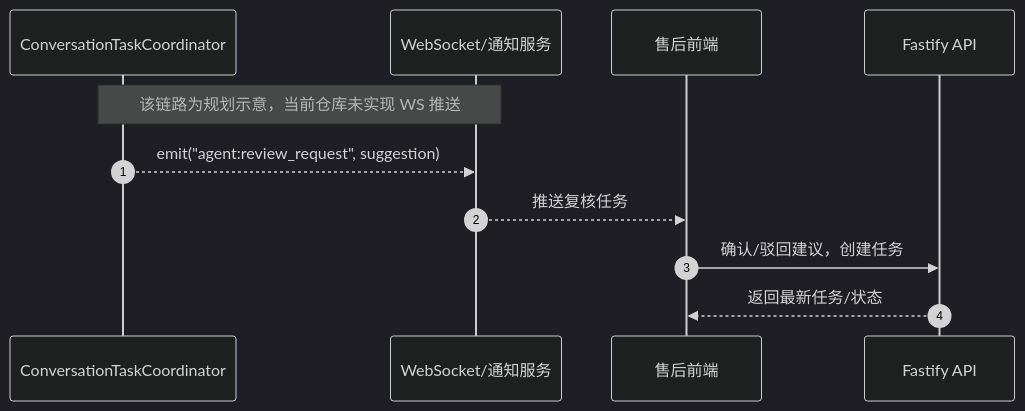
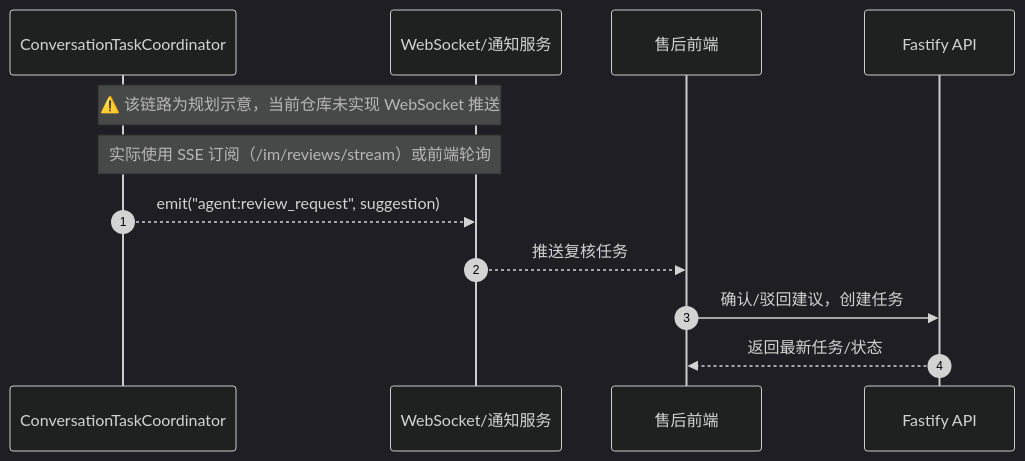
Before and after one commit to zqshi/After-sales: diagram 12 of 12 in backend/tests/事件格式.md, drawn with Mermaid (dark theme). The commit also changed other lines of this file and 77 other files, not shown here.

````diff
--- a/backend/tests/事件格式.md
+++ b/backend/tests/事件格式.md
@@ -734,14 +842,15 @@
 ```mermaid
 sequenceDiagram
   autonumber
   participant CTC as ConversationTaskCoordinator
   participant WS as WebSocket/通知服务
   participant FE as 售后前端
   participant API as Fastify API
 
-  Note over CTC,WS: 该链路为规划示意，当前仓库未实现 WS 推送
+  Note over CTC,WS: ⚠️ 该链路为规划示意，当前仓库未实现 WebSocket 推送
+  Note over CTC,WS: 实际使用 SSE 订阅（/im/reviews/stream）或前端轮询
   CTC-->>WS: emit("agent:review_request", suggestion)
   WS-->>FE: 推送复核任务
   FE->>API: 确认/驳回建议，创建任务
   API-->>FE: 返回最新任务/状态
 ```
````
